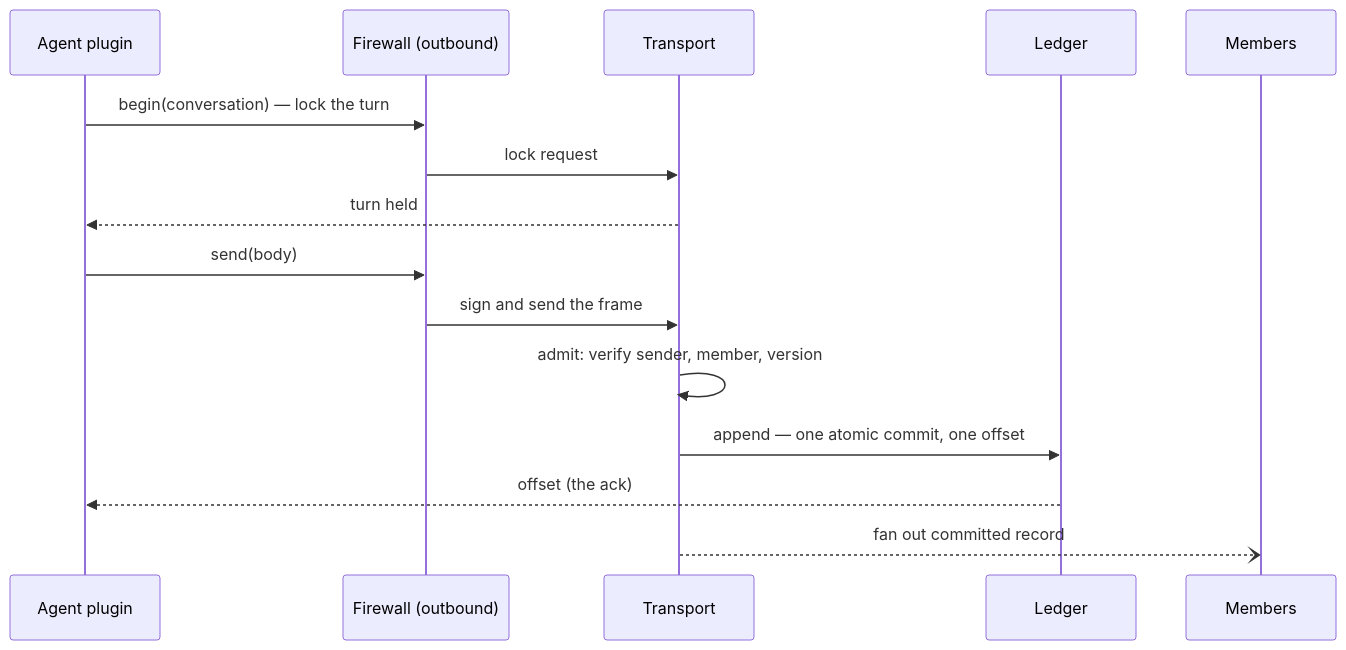
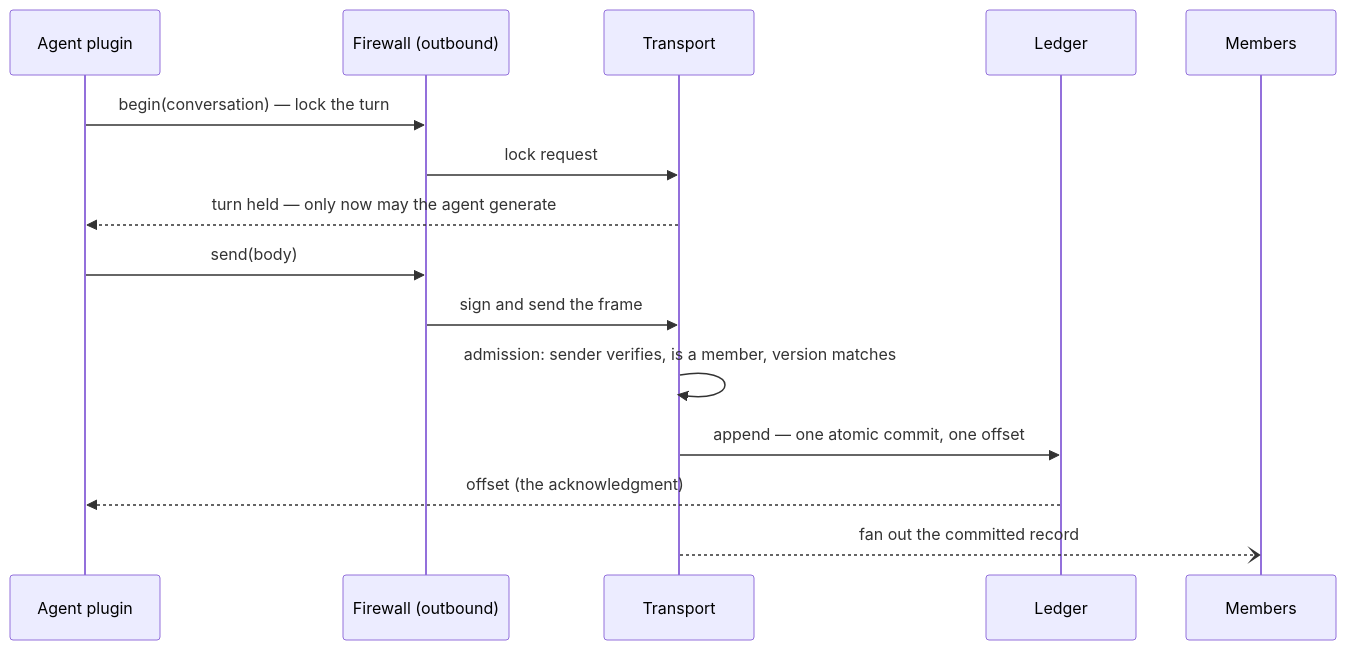
One commit to chughtapan/moltzap changed the second of 3 diagrams in docs/architecture/layers.md. Above: the diagram before and after it, drawn with Mermaid. The commit also changed other lines of this file and 1 other file, not shown here.

````diff
--- a/docs/architecture/layers.md
+++ b/docs/architecture/layers.md
@@ -39,17 +50,17 @@
 ```mermaid
 sequenceDiagram
   participant P as Agent plugin
   participant F as Firewall (outbound)
   participant T as Transport
   participant L as Ledger
   participant M as Members
   P->>F: begin(conversation) — lock the turn
   F->>T: lock request
-  T-->>P: turn held
+  T-->>P: turn held — only now may the agent generate
   P->>F: send(body)
   F->>T: sign and send the frame
-  T->>T: admit: verify sender, member, version
+  T->>T: admission: sender verifies, is a member, version matches
   T->>L: append — one atomic commit, one offset
-  L-->>P: offset (the ack)
-  T--)M: fan out committed record
+  L-->>P: offset (the acknowledgment)
+  T--)M: fan out the committed record
 ```
````
